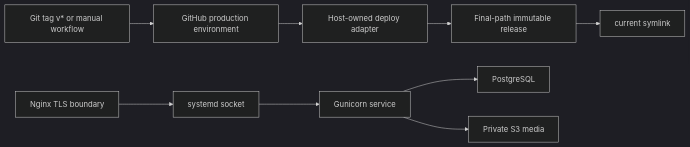
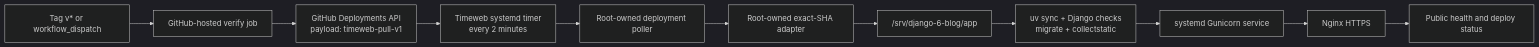
Before and after one commit to VladimirMonin/django_6_blog: the diagram in doc/deployment.md, drawn with Mermaid (dark theme). The commit also changed other lines of this file and 11 other files, not shown here.

Commit message:
fix: restore production deployment automation

````diff
--- a/doc/deployment.md
+++ b/doc/deployment.md
@@ -7,11 +7,13 @@
 ```mermaid
 flowchart LR
-    G[Git tag v* or manual workflow] --> W[GitHub production environment]
-    W --> A[Host-owned deploy adapter]
-    A --> R[Final-path immutable release]
-    R --> C[current symlink]
-    N[Nginx TLS boundary] --> S[systemd socket]
-    S --> U[Gunicorn service]
-    U --> D[PostgreSQL]
-    U --> O[Private S3 media]
+    T["Tag v* or workflow_dispatch"] --> V["GitHub-hosted verify job"]
+    V --> D["GitHub Deployments API<br/>payload: timeweb-pull-v1"]
+    D --> P["Timeweb systemd timer<br/>every 2 minutes"]
+    P --> Q["Root-owned deployment poller"]
+    Q --> A["Root-owned exact-SHA adapter"]
+    A --> G["/srv/django-6-blog/app"]
+    G --> U["uv sync + Django checks<br/>migrate + collectstatic"]
+    U --> S["systemd Gunicorn service"]
+    S --> N["Nginx HTTPS"]
+    N --> H["Public health and deploy status"]
 ```
````
